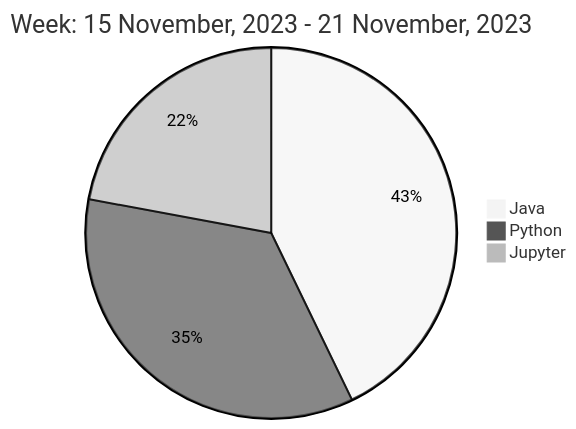
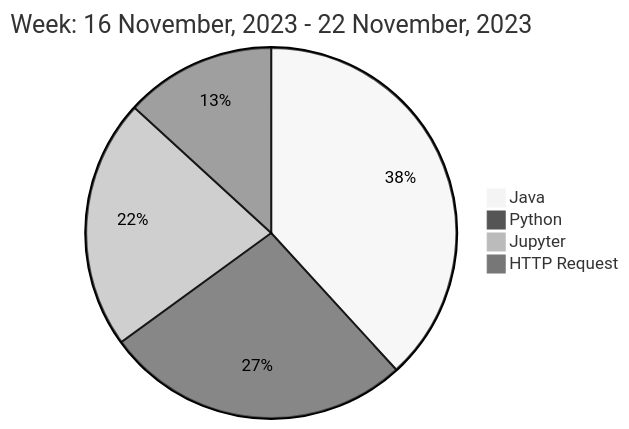
Before and after one commit to liubin95/liubin95: the diagram in README.md, drawn with Mermaid (neutral theme).

Commit message:
Updated the Graph with new Metrics

````diff
--- a/README.md
+++ b/README.md
@@ -37,7 +37,8 @@
 ```mermaid
  pie
-title Week: 15 November, 2023 - 21 November, 2023
- "Java" : 3.88
- "Python" : 3.18
- "Jupyter" : 2.0
+title Week: 16 November, 2023 - 22 November, 2023
+ "Java" : 4.78
+ "Python" : 3.35
+ "Jupyter" : 2.73
+ "HTTP Request" : 1.65
 ```
````
